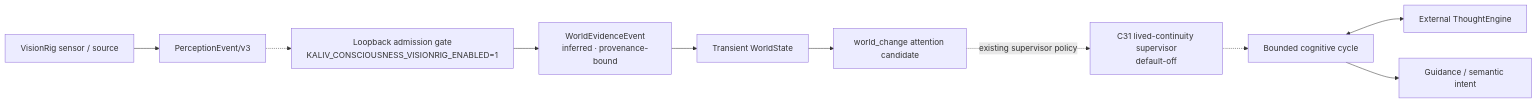
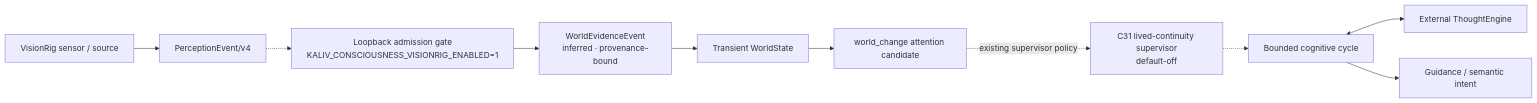
The fourth of 5 diagrams in README.md (Ternedal/ModelRig), drawn with Mermaid before and after one commit. The commit also changed other lines of this file, not shown here.

Commit message:
docs: refresh ModelRig V1 system diagrams and VisionRig v4 boundary

````diff
--- a/README.md
+++ b/README.md
@@ -202,23 +230,23 @@
 ```mermaid
 flowchart LR
     Sensor["VisionRig sensor / source"]
-    PE["PerceptionEvent/v3"]
+    PE["PerceptionEvent/v4"]
     Gate["Loopback admission gate\nKALIV_CONSCIOUSNESS_VISIONRIG_ENABLED=1"]
     WE["WorldEvidenceEvent\ninferred · provenance-bound"]
     WS["Transient WorldState"]
     Attn["world_change attention candidate"]
     Loop["C31 lived-continuity supervisor\ndefault-off"]
     Cycle["Bounded cognitive cycle"]
     TE["External ThoughtEngine"]
     Out["Guidance / semantic intent"]
 
     Sensor --> PE
     PE -.-> Gate
     Gate --> WE
     WE --> WS
     WS --> Attn
     Attn -. "existing supervisor policy" .-> Loop
     Loop -.-> Cycle
     Cycle <--> TE
     Cycle --> Out
 ```
````
